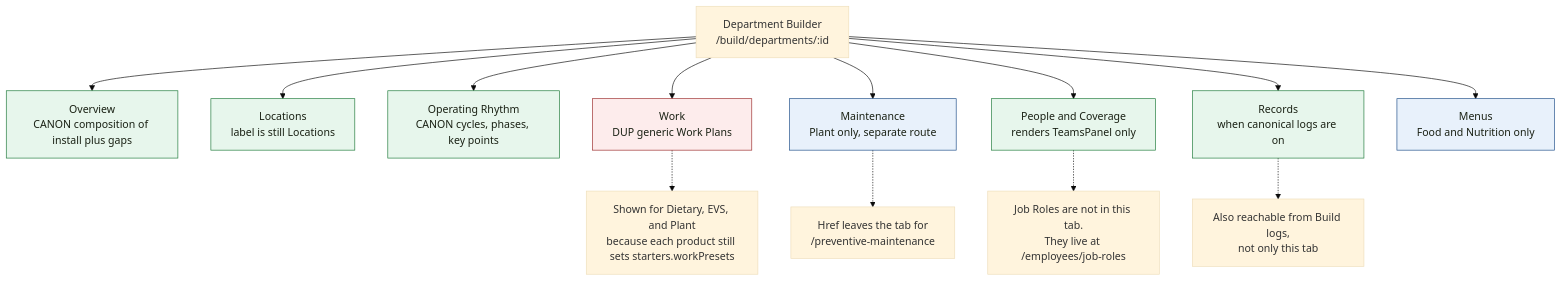
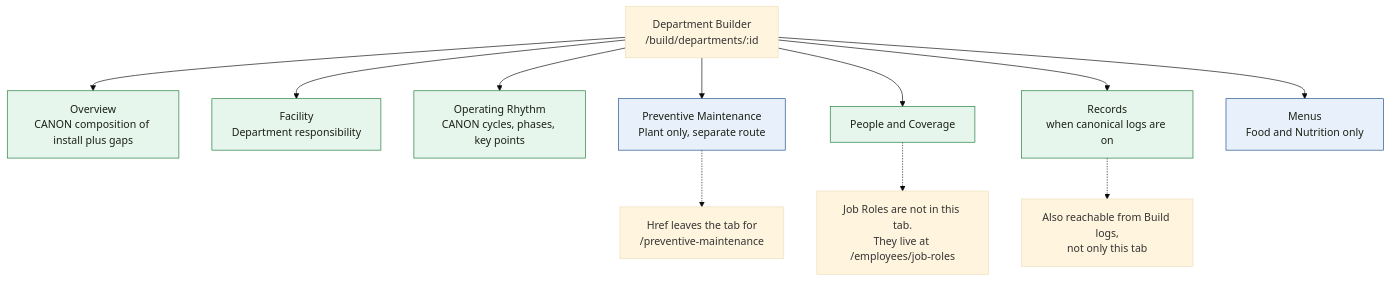
The first of 2 diagrams in docs/department-administration/visual-audit/01_CURRENT_DEPARTMENT_BUILDER.md (ADTrauts/LTC-Manager), drawn with Mermaid (base theme) before and after one commit. The commit also changed other lines of this file and 172 other files, not shown here.

Commit message:
Remove the Experience layer and leftover Work contracts so a facility runs on responsibility, rhythm, records, and coverage.

````diff
--- a/docs/department-administration/visual-audit/01_CURRENT_DEPARTMENT_BUILDER.md
+++ b/docs/department-administration/visual-audit/01_CURRENT_DEPARTMENT_BUILDER.md
@@ -9,25 +9,21 @@
 ```mermaid
 flowchart TB
   DB["Department Builder<br/>/build/departments/:id"]
 
   DB --> OV["Overview<br/>CANON composition of install plus gaps"]
-  DB --> LOC["Locations<br/>label is still Locations"]
+  DB --> LOC["Facility<br/>Department responsibility"]
   DB --> RHY["Operating Rhythm<br/>CANON cycles, phases, key points"]
-  DB --> WRK["Work<br/>DUP generic Work Plans"]
-  DB --> MAI["Maintenance<br/>Plant only, separate route"]
-  DB --> PPL["People and Coverage<br/>renders TeamsPanel only"]
+  DB --> MAI["Preventive Maintenance<br/>Plant only, separate route"]
+  DB --> PPL["People and Coverage"]
   DB --> REC["Records<br/>when canonical logs are on"]
   DB --> MNU["Menus<br/>Food and Nutrition only"]
 
-  WRK -.-> WNOTE["Shown for Dietary, EVS, and Plant<br/>because each product still sets starters.workPresets"]
   MAI -.-> MNOTE["Href leaves the tab for<br/>/preventive-maintenance"]
   PPL -.-> PNOTE["Job Roles are not in this tab.<br/>They live at /employees/job-roles"]
   REC -.-> RNOTE["Also reachable from Build logs,<br/>not only this tab"]
 
   classDef canon fill:#e7f6ec,stroke:#1f7a3a,color:#1a2114
-  classDef dup fill:#fdecec,stroke:#9b2c2c,color:#1a2114
   classDef ext fill:#e8f1fb,stroke:#1d4e89,color:#1a2114
   class OV,LOC,RHY,PPL,REC canon
-  class WRK dup
   class MAI,MNU ext
 ```
````
